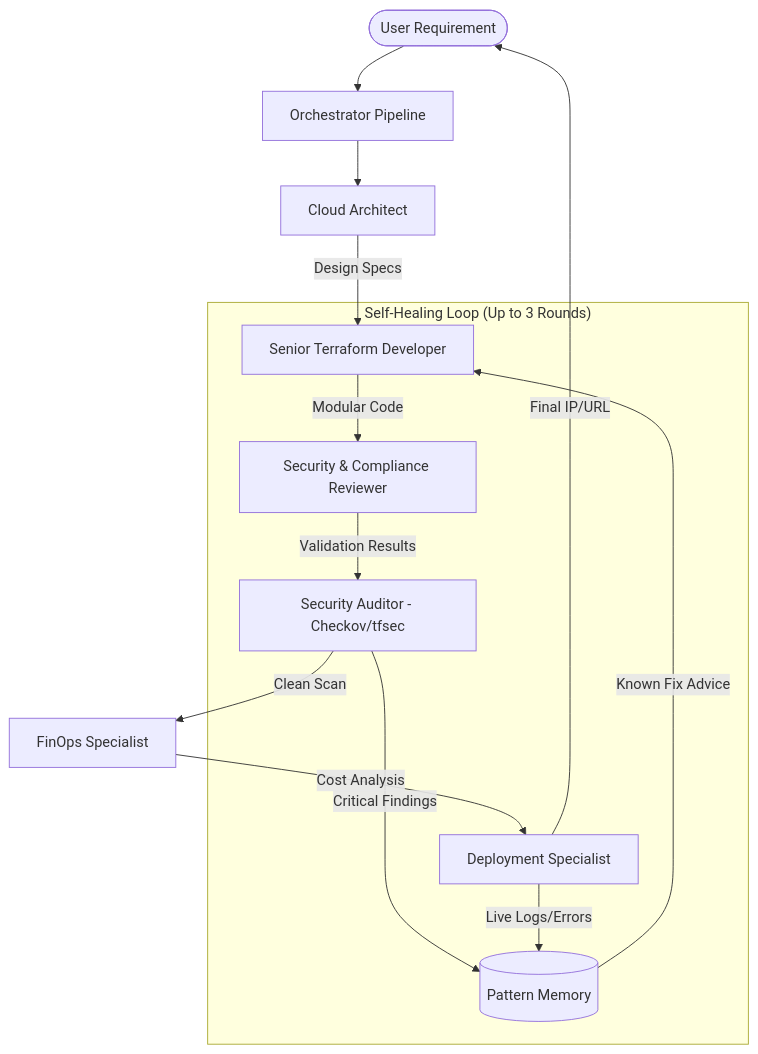
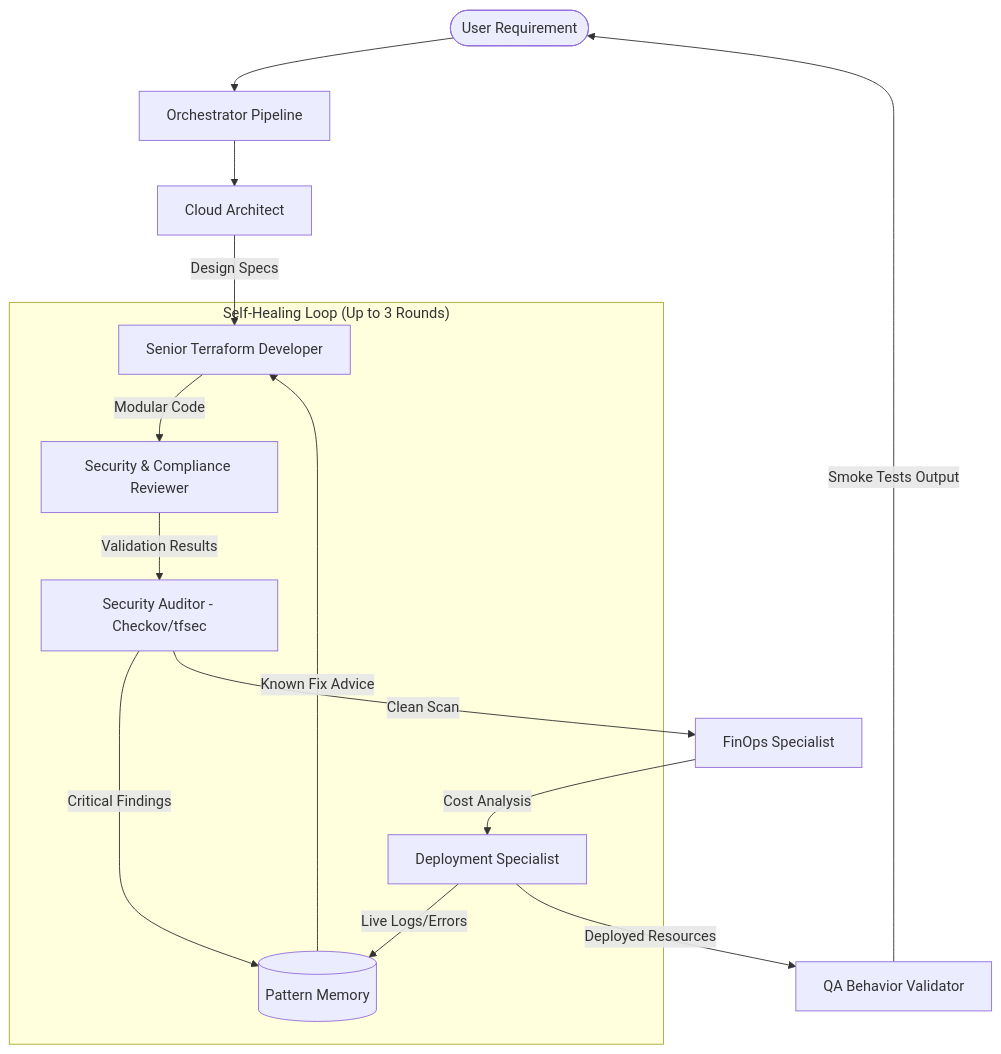
The diagram in MULTI_AGENT_ARCHITECTURE.md (csae99/Terraform-AI-Agent), drawn with Mermaid before and after one commit. The commit also changed other lines of this file and 23 other files, not shown here.

````diff
--- a/MULTI_AGENT_ARCHITECTURE.md
+++ b/MULTI_AGENT_ARCHITECTURE.md
@@ -11,22 +11,23 @@
 ```mermaid
 graph TD
     User([User Requirement]) --> Orchestrator[Orchestrator Pipeline]
     Orchestrator --> Architect[Cloud Architect]
     Architect -->|Design Specs| Developer[Senior Terraform Developer]
     Developer -->|Modular Code| Reviewer[Security & Compliance Reviewer]
     Reviewer -->|Validation Results| Auditor[Security Auditor - Checkov/tfsec]
     Auditor -->|Critical Findings| Memory[(Pattern Memory)]
     Memory -->|Known Fix Advice| Developer
     Auditor -->|Clean Scan| FinOps[FinOps Specialist]
     FinOps -->|Cost Analysis| Deployer[Deployment Specialist]
     Deployer -->|Live Logs/Errors| Memory
-    Deployer -->|Final IP/URL| User
+    Deployer -->|Deployed Resources| QATester[QA Behavior Validator]
+    QATester -->|Smoke Tests Output| User
     
     subgraph "Self-Healing Loop (Up to 3 Rounds)"
     Developer
     Reviewer
     Auditor
     Memory
     Deployer
     end
 ```
````
